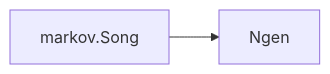
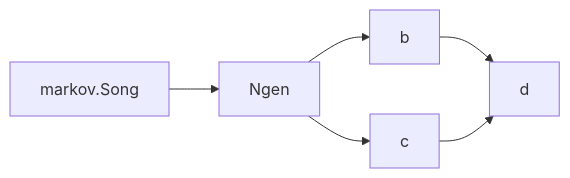
Before and after one commit to bh90210/mlsic: the first of 2 diagrams in docs/_posts/2024-08-19-markov-chains.md, drawn with Mermaid. The commit also changed other lines of this file, not shown here.

````diff
--- a/docs/_posts/2024-08-19-markov-chains.md
+++ b/docs/_posts/2024-08-19-markov-chains.md
@@ -48,4 +40,4 @@
 ```mermaid
   flowchart LR
-    markov.Song --> Ngen
+    markov.Song --> Ngen --> b & c--> d
 ```
````
